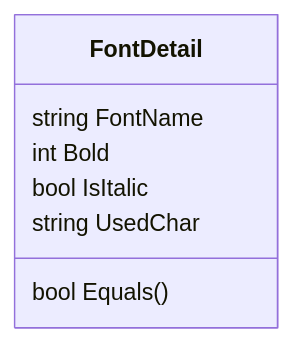
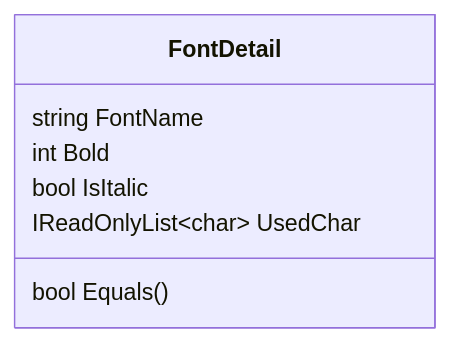
Before and after one commit to Poker-sang/AssParser: the diagram in README.md, drawn with Mermaid. The commit also changed other lines of this file and 4 other files, not shown here.

````diff
--- a/README.md
+++ b/README.md
@@ -20,10 +20,10 @@
 ```mermaid
 classDiagram
 class FontDetail {
 	string FontName
 	int Bold
 	bool IsItalic
-	string UsedChar
+	IReadOnlyList&lt;char&gt; UsedChar
 	bool Equals()
 }
 ```
````
